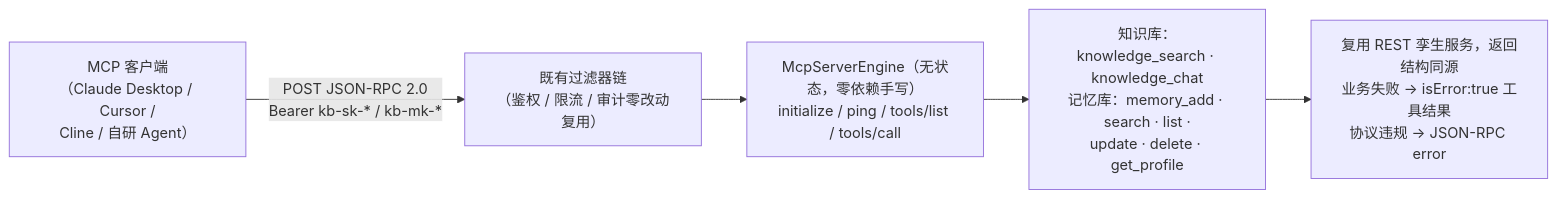
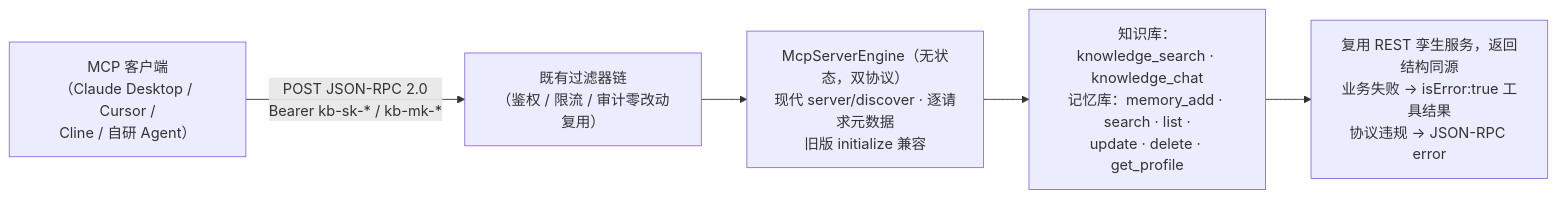
Before and after one commit to liulangjietou/kb-rag: the sixth of 6 diagrams in README.md, drawn with Mermaid. The commit also changed other lines of this file and 23 other files, not shown here.

````diff
--- a/README.md
+++ b/README.md
@@ -139,7 +140,7 @@
 ```mermaid
 flowchart LR
     C["MCP 客户端<br/>（Claude Desktop / Cursor /<br/>Cline / 自研 Agent）"] -- "POST JSON-RPC 2.0<br/>Bearer kb-sk-* / kb-mk-*" --> FL["既有过滤器链<br/>（鉴权 / 限流 / 审计零改动复用）"]
-    FL --> EN["McpServerEngine（无状态，零依赖手写）<br/>initialize / ping / tools/list / tools/call"]
+    FL --> EN["McpServerEngine（无状态，双协议）<br/>现代 server/discover · 逐请求元数据<br/>旧版 initialize 兼容"]
     EN --> TK["知识库：knowledge_search · knowledge_chat<br/>记忆库：memory_add · search · list ·<br/>update · delete · get_profile"]
     TK --> RS["复用 REST 孪生服务，返回结构同源<br/>业务失败 → isError:true 工具结果<br/>协议违规 → JSON-RPC error"]
 ```
````
